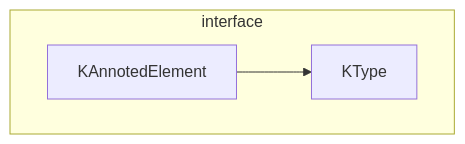
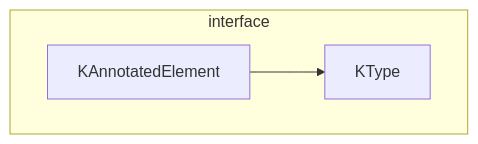
One commit to xujianhuaap/books changed the first of 2 diagrams in 20220218_kotlin_reflect.md. Above: the diagram before and after it, drawn with Mermaid. The commit also changed other lines of this file, not shown here.

````diff
--- a/20220218_kotlin_reflect.md
+++ b/20220218_kotlin_reflect.md
@@ -42,8 +72,8 @@
 ```mermaid
 graph TB
 
 subgraph "interface"
-    KAnnotedElement -->
+    KAnnotatedElement -->
     KType
 end
 ```
````
